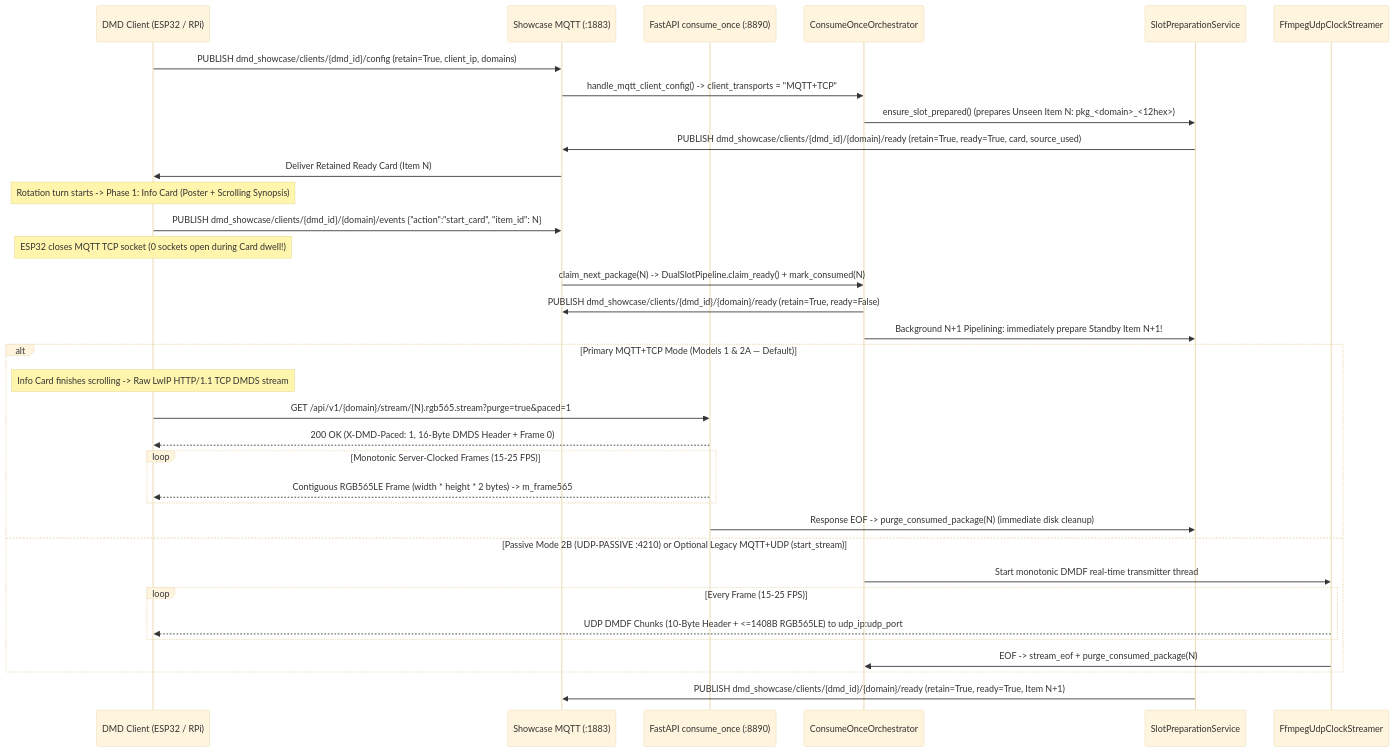
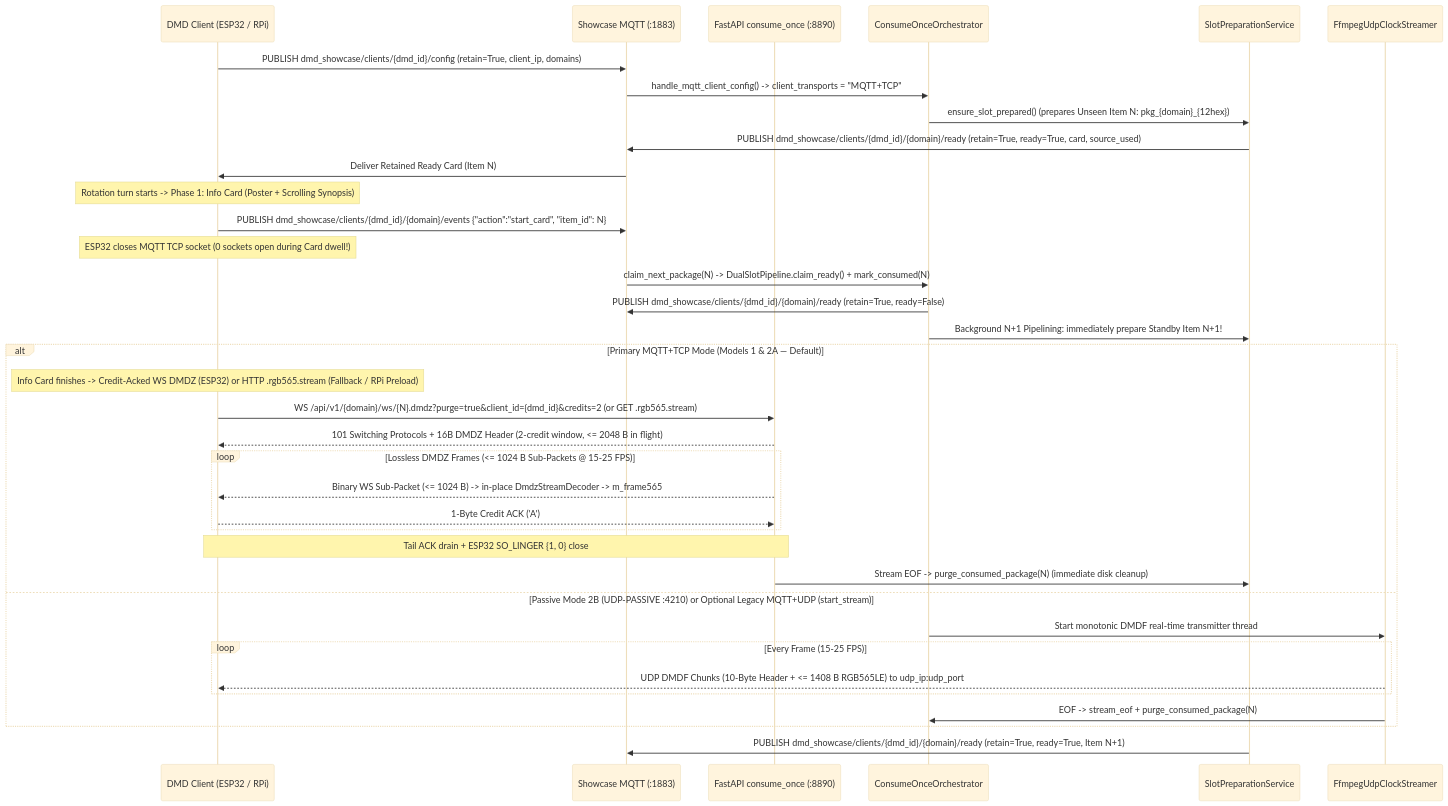
The second of 2 diagrams in docs/ARCHITECTURE.md (red77290/dmd_media_showcase), drawn with Mermaid (base theme) before and after one commit. The commit also changed other lines of this file and 24 other files, not shown here.

Commit message:
docs(stream): document credit-acked DMDZ v1 WebSocket across OpenAPI, AsyncAPI, and trilingual guides

````diff
--- a/docs/ARCHITECTURE.md
+++ b/docs/ARCHITECTURE.md
@@ -145,39 +143,41 @@
 ```mermaid
 sequenceDiagram
     participant DMD as DMD Client (ESP32 / RPi)
     participant MQTT as Showcase MQTT (:1883)
     participant HTTP as FastAPI consume_once (:8890)
     participant ORCH as ConsumeOnceOrchestrator
     participant PREP as SlotPreparationService
     participant FFMPEG as FfmpegUdpClockStreamer
 
     DMD->>MQTT: PUBLISH dmd_showcase/clients/{dmd_id}/config (retain=True, client_ip, domains)
     MQTT->>ORCH: handle_mqtt_client_config() -> client_transports = "MQTT+TCP"
-    ORCH->>PREP: ensure_slot_prepared() (prepares Unseen Item N: pkg_<domain>_<12hex>)
+    ORCH->>PREP: ensure_slot_prepared() (prepares Unseen Item N: pkg_{domain}_{12hex})
     PREP->>MQTT: PUBLISH dmd_showcase/clients/{dmd_id}/{domain}/ready (retain=True, ready=True, card, source_used)
     MQTT->>DMD: Deliver Retained Ready Card (Item N)
 
     Note over DMD: Rotation turn starts -> Phase 1: Info Card (Poster + Scrolling Synopsis)
     DMD->>MQTT: PUBLISH dmd_showcase/clients/{dmd_id}/{domain}/events {"action":"start_card", "item_id": N}
     Note over DMD: ESP32 closes MQTT TCP socket (0 sockets open during Card dwell!)
     MQTT->>ORCH: claim_next_package(N) -> DualSlotPipeline.claim_ready() + mark_consumed(N)
     ORCH->>MQTT: PUBLISH dmd_showcase/clients/{dmd_id}/{domain}/ready (retain=True, ready=False)
     ORCH->>PREP: Background N+1 Pipelining: immediately prepare Standby Item N+1!
 
     alt Primary MQTT+TCP Mode (Models 1 & 2A — Default)
-        Note over DMD: Info Card finishes scrolling -> Raw LwIP HTTP/1.1 TCP DMDS stream
-        DMD->>HTTP: GET /api/v1/{domain}/stream/{N}.rgb565.stream?purge=true&paced=1
-        HTTP-->>DMD: 200 OK (X-DMD-Paced: 1, 16-Byte DMDS Header + Frame 0)
-        loop Monotonic Server-Clocked Frames (15-25 FPS)
-            HTTP-->>DMD: Contiguous RGB565LE Frame (width * height * 2 bytes) -> m_frame565
+        Note over DMD: Info Card finishes -> Credit-Acked WS DMDZ (ESP32) or HTTP .rgb565.stream (Fallback / RPi Preload)
+        DMD->>HTTP: WS /api/v1/{domain}/ws/{N}.dmdz?purge=true&client_id={dmd_id}&credits=2 (or GET .rgb565.stream)
+        HTTP-->>DMD: 101 Switching Protocols + 16B DMDZ Header (2-credit window, <= 2048 B in flight)
+        loop Lossless DMDZ Frames (<= 1024 B Sub-Packets @ 15-25 FPS)
+            HTTP-->>DMD: Binary WS Sub-Packet (<= 1024 B) -> in-place DmdzStreamDecoder -> m_frame565
+            DMD-->>HTTP: 1-Byte Credit ACK ('A')
         end
-        HTTP->>PREP: Response EOF -> purge_consumed_package(N) (immediate disk cleanup)
+        Note over DMD,HTTP: Tail ACK drain + ESP32 SO_LINGER {1, 0} close
+        HTTP->>PREP: Stream EOF -> purge_consumed_package(N) (immediate disk cleanup)
     else Passive Mode 2B (UDP-PASSIVE :4210) or Optional Legacy MQTT+UDP (start_stream)
         ORCH->>FFMPEG: Start monotonic DMDF real-time transmitter thread
         loop Every Frame (15-25 FPS)
-            FFMPEG-->>DMD: UDP DMDF Chunks (10-Byte Header + <=1408B RGB565LE) to udp_ip:udp_port
+            FFMPEG-->>DMD: UDP DMDF Chunks (10-Byte Header + <= 1408 B RGB565LE) to udp_ip:udp_port
         end
         FFMPEG->>ORCH: EOF -> stream_eof + purge_consumed_package(N)
     end
     PREP->>MQTT: PUBLISH dmd_showcase/clients/{dmd_id}/{domain}/ready (retain=True, ready=True, Item N+1)
 ```
````
